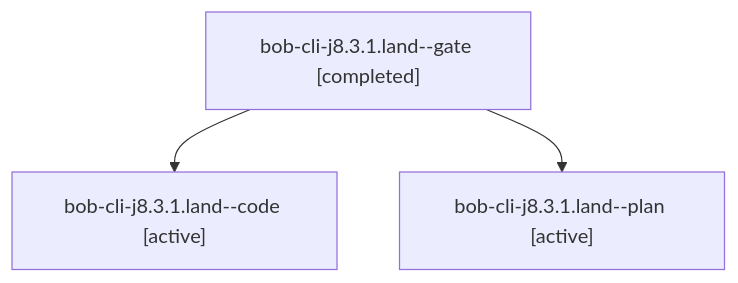
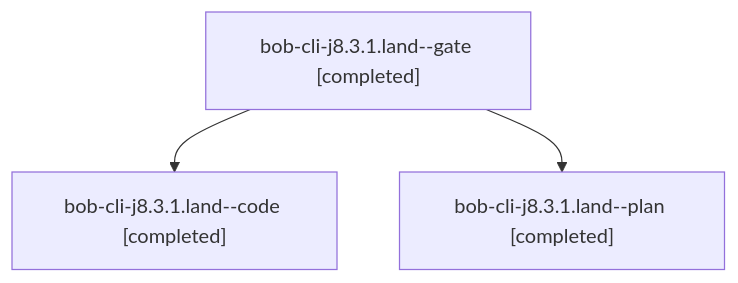
Before and after one commit to bobs-org/bob-cli--agents: the diagram in sessions/bbugyi200.apollo.bob-cli-j8.3.1.land.md, drawn with Mermaid. The commit also changed other lines of this file and 59 other files, not shown here.

````diff
--- a/sessions/bbugyi200.apollo.bob-cli-j8.3.1.land.md
+++ b/sessions/bbugyi200.apollo.bob-cli-j8.3.1.land.md
@@ -9,8 +9,8 @@
 ```mermaid
 flowchart TD
   n0["bob-cli-j8.3.1.land--gate [completed]"]
-  n1["bob-cli-j8.3.1.land--code [active]"]
+  n1["bob-cli-j8.3.1.land--code [completed]"]
   n0 --> n1
-  n2["bob-cli-j8.3.1.land--plan [active]"]
+  n2["bob-cli-j8.3.1.land--plan [completed]"]
   n0 --> n2
 ```
````
